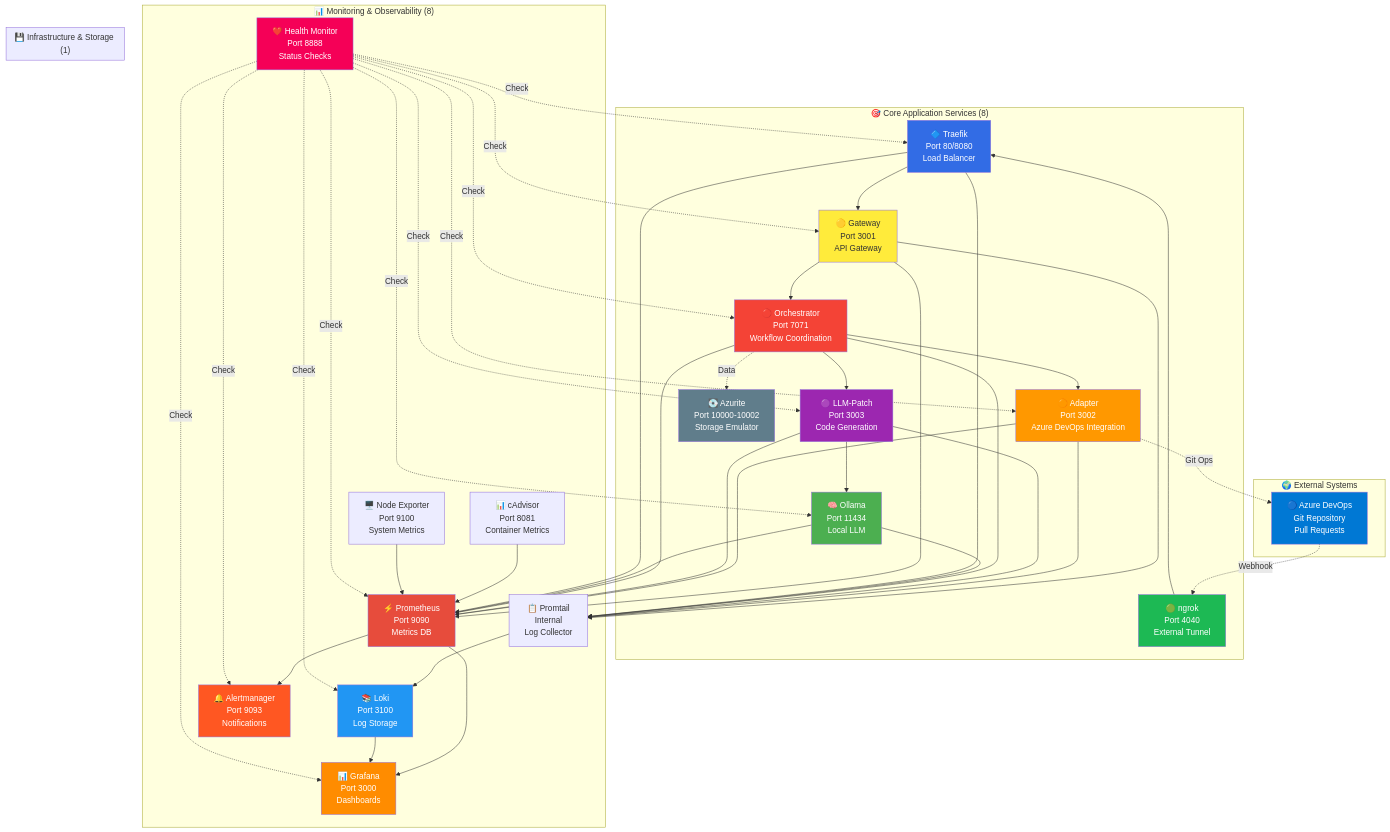
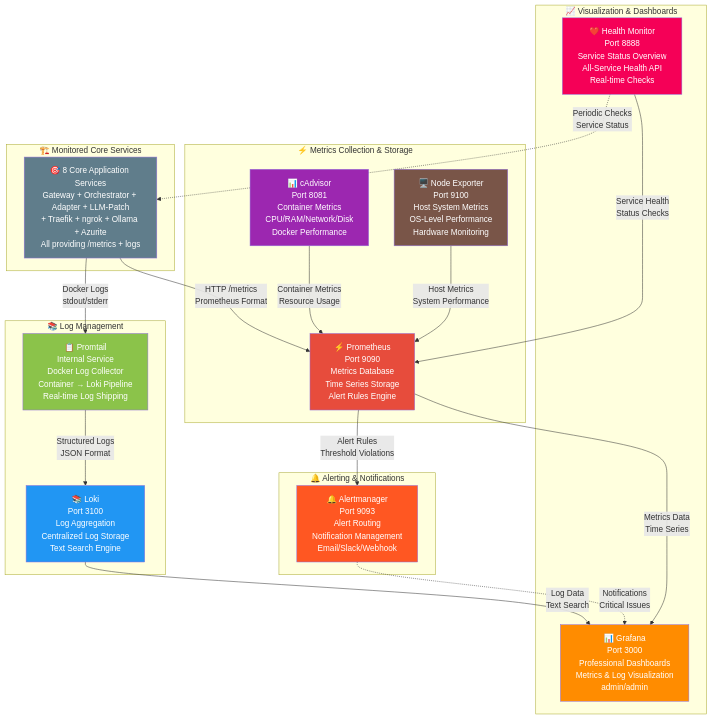
One commit to ADASK-B/ai-code-agent changed the third of 3 diagrams in README.md. Above: the diagram before and after it, drawn with Mermaid. The commit also changed other lines of this file, not shown here.

Commit message:
refactor: Update README structure and improve service descriptions for clarity

````diff
--- a/README.md
+++ b/README.md
@@ -185,96 +152,58 @@
 ```mermaid
 graph TB
-    subgraph "🎯 Core Application Services (8)"
-        TRAEFIK[🔷 Traefik<br/>Port 80/8080<br/>Load Balancer]
-        GATEWAY[🟡 Gateway<br/>Port 3001<br/>API Gateway]
-        ADAPTER[🟠 Adapter<br/>Port 3002<br/>Azure DevOps Integration]
-        LLMPATCH[🟣 LLM-Patch<br/>Port 3003<br/>Code Generation]
-        ORCHESTRATOR[🔴 Orchestrator<br/>Port 7071<br/>Workflow Coordination]
-        NGROK[🟢 ngrok<br/>Port 4040<br/>External Tunnel]
-        OLLAMA[🧠 Ollama<br/>Port 11434<br/>Local LLM]
-        AZURITE[💽 Azurite<br/>Port 10000-10002<br/>Storage Emulator]
-        AZURITE[💽 Azurite<br/>Port 10000-10002<br/>Storage Emulator]
+    subgraph "📈 Visualization & Dashboards"
+        GRAFANA[📊 Grafana<br/>Port 3000<br/>Professional Dashboards<br/>Metrics & Log Visualization<br/>admin/admin]
+        HEALTHMON[❤️ Health Monitor<br/>Port 8888<br/>Service Status Overview<br/>All-Service Health API<br/>Real-time Checks]
     end
     
-    subgraph "📊 Monitoring & Observability (8)"
-        HEALTHMON[❤️ Health Monitor<br/>Port 8888<br/>Status Checks]
-        GRAFANA[📊 Grafana<br/>Port 3000<br/>Dashboards]
-        PROMETHEUS[⚡ Prometheus<br/>Port 9090<br/>Metrics DB]
-        NODEEXP[🖥️ Node Exporter<br/>Port 9100<br/>System Metrics]
-        CADVISOR[📊 cAdvisor<br/>Port 8081<br/>Container Metrics]
-        LOKI[📚 Loki<br/>Port 3100<br/>Log Storage]
-        ALERTMGR[🔔 Alertmanager<br/>Port 9093<br/>Notifications]
-        PROMTAIL[📋 Promtail<br/>Internal<br/>Log Collector]
+    subgraph "⚡ Metrics Collection & Storage"
+        PROMETHEUS[⚡ Prometheus<br/>Port 9090<br/>Metrics Database<br/>Time Series Storage<br/>Alert Rules Engine]
+        CADVISOR[📊 cAdvisor<br/>Port 8081<br/>Container Metrics<br/>CPU/RAM/Network/Disk<br/>Docker Performance]
+        NODEEXP[🖥️ Node Exporter<br/>Port 9100<br/>Host System Metrics<br/>OS-Level Performance<br/>Hardware Monitoring]
     end
     
-    subgraph "💾 Infrastructure & Storage (1)"
-        AZURITE[💽 Azurite<br/>Port 10000-10002<br/>Storage Emulator]
+    subgraph "📚 Log Management"
+        LOKI[📚 Loki<br/>Port 3100<br/>Log Aggregation<br/>Centralized Log Storage<br/>Text Search Engine]
+        PROMTAIL[📋 Promtail<br/>Internal Service<br/>Docker Log Collector<br/>Container → Loki Pipeline<br/>Real-time Log Shipping]
     end
     
-    subgraph "🌍 External Systems"
-        ADO[🔵 Azure DevOps<br/>Git Repository<br/>Pull Requests]
+    subgraph "🔔 Alerting & Notifications"
+        ALERTMGR[🔔 Alertmanager<br/>Port 9093<br/>Alert Routing<br/>Notification Management<br/>Email/Slack/Webhook]
     end
     
-    %% Main Application Flow
-    ADO -.->|Webhook| NGROK
-    NGROK --> TRAEFIK
-    TRAEFIK --> GATEWAY
-    GATEWAY --> ORCHESTRATOR
-    ORCHESTRATOR --> ADAPTER
-    ORCHESTRATOR --> LLMPATCH
-    ADAPTER -.->|Git Ops| ADO
-    LLMPATCH --> OLLAMA
-    ORCHESTRATOR -.->|Data| AZURITE
+    subgraph "🏗️ Monitored Core Services"
+        CORE_SERVICES[🎯 8 Core Application Services<br/>Gateway + Orchestrator + Adapter + LLM-Patch<br/>+ Traefik + ngrok + Ollama + Azurite<br/>All providing /metrics + logs]
+    end
     
-    %% Monitoring Connections
-    GATEWAY --> PROMETHEUS
-    ADAPTER --> PROMETHEUS
-    LLMPATCH --> PROMETHEUS
-    ORCHESTRATOR --> PROMETHEUS
-    OLLAMA --> PROMETHEUS
-    TRAEFIK --> PROMETHEUS
-    CADVISOR --> PROMETHEUS
-    NODEEXP --> PROMETHEUS
+    %% Metrics Flow
+    CORE_SERVICES -->|HTTP /metrics<br/>Prometheus Format| PROMETHEUS
+    CADVISOR -->|Container Metrics<br/>Resource Usage| PROMETHEUS
+    NODEEXP -->|Host Metrics<br/>System Performance| PROMETHEUS
+    HEALTHMON -->|Service Health<br/>Status Checks| PROMETHEUS
     
-    %% Log Collection
-    GATEWAY --> PROMTAIL
-    ADAPTER --> PROMTAIL
-    LLMPATCH --> PROMTAIL
-    ORCHESTRATOR --> PROMTAIL
-    OLLAMA --> PROMTAIL
-    TRAEFIK --> PROMTAIL
-    PROMTAIL --> LOKI
+    %% Log Flow
+    CORE_SERVICES -->|Docker Logs<br/>stdout/stderr| PROMTAIL
+    PROMTAIL -->|Structured Logs<br/>JSON Format| LOKI
     
-    %% Visualization & Alerting
-    PROMETHEUS --> GRAFANA
-    LOKI --> GRAFANA
-    PROMETHEUS --> ALERTMGR
+    %% Visualization
+    PROMETHEUS -->|Metrics Data<br/>Time Series| GRAFANA
+    LOKI -->|Log Data<br/>Text Search| GRAFANA
+    
+    %% Alerting
+    PROMETHEUS -->|Alert Rules<br/>Threshold Violations| ALERTMGR
+    ALERTMGR -.->|Notifications<br/>Critical Issues| GRAFANA
     
     %% Health Monitoring
-    HEALTHMON -.->|Check| GATEWAY
-    HEALTHMON -.->|Check| ADAPTER
-    HEALTHMON -.->|Check| LLMPATCH
-    HEALTHMON -.->|Check| ORCHESTRATOR
-    HEALTHMON -.->|Check| OLLAMA
-    HEALTHMON -.->|Check| TRAEFIK
-    HEALTHMON -.->|Check| GRAFANA
-    HEALTHMON -.->|Check| PROMETHEUS
-    HEALTHMON -.->|Check| LOKI
-    HEALTHMON -.->|Check| ALERTMGR
+    HEALTHMON -.->|Periodic Checks<br/>Service Status| CORE_SERVICES
     
     %% Styling
-    style ADO fill:#0078d4,color:#fff
-    style NGROK fill:#1db954,color:#fff
-    style TRAEFIK fill:#326ce5,color:#fff
-    style GATEWAY fill:#ffeb3b
-    style ORCHESTRATOR fill:#f44336,color:#fff
-    style ADAPTER fill:#ff9800,color:#fff
-    style LLMPATCH fill:#9c27b0,color:#fff
-    style OLLAMA fill:#4caf50,color:#fff
-    style AZURITE fill:#607d8b,color:#fff
+    style GRAFANA fill:#ff8c00,color:#fff
     style HEALTHMON fill:#f50057,color:#fff
-    style GRAFANA fill:#ff8c00,color:#fff
     style PROMETHEUS fill:#e74c3c,color:#fff
+    style CADVISOR fill:#9c27b0,color:#fff
+    style NODEEXP fill:#795548,color:#fff
     style LOKI fill:#2196f3,color:#fff
+    style PROMTAIL fill:#8bc34a,color:#fff
     style ALERTMGR fill:#ff5722,color:#fff
+    style CORE_SERVICES fill:#607d8b,color:#fff
 ```
````
